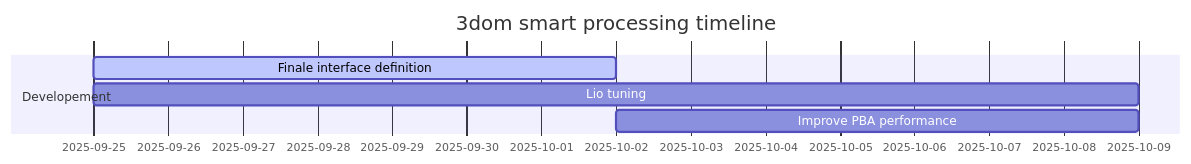
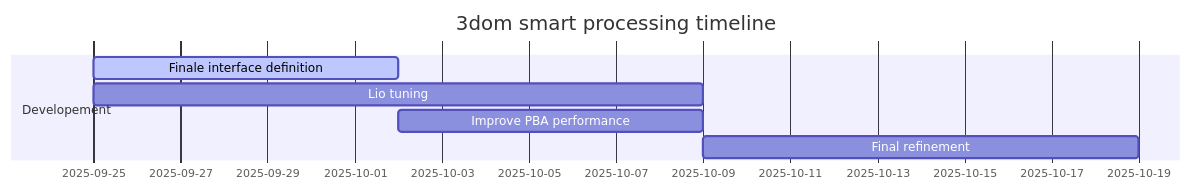
The second of 2 diagrams in unitn/altro/Logica Computazionale.md (SamueleFacenda/obsidian), drawn with Mermaid before and after one commit.

Commit message:
vault backup auto nixos: 2025-09-25 14:35:08

````diff
--- a/unitn/altro/Logica Computazionale.md
+++ b/unitn/altro/Logica Computazionale.md
@@ -92,9 +92,10 @@
 ```mermaid
 gantt
 	title 3dom smart processing timeline
 	dateFormat DD-MM-YYYY
 	section Developement
 		Finale interface definition :active, d1, 25-09-2025, 7d
 		Lio tuning : d2, 25-09-2025, 14d
 		Improve PBA performance : d3, after d1, 7d
+		Final refinement : d4, after d3, 10d
 ```
````
